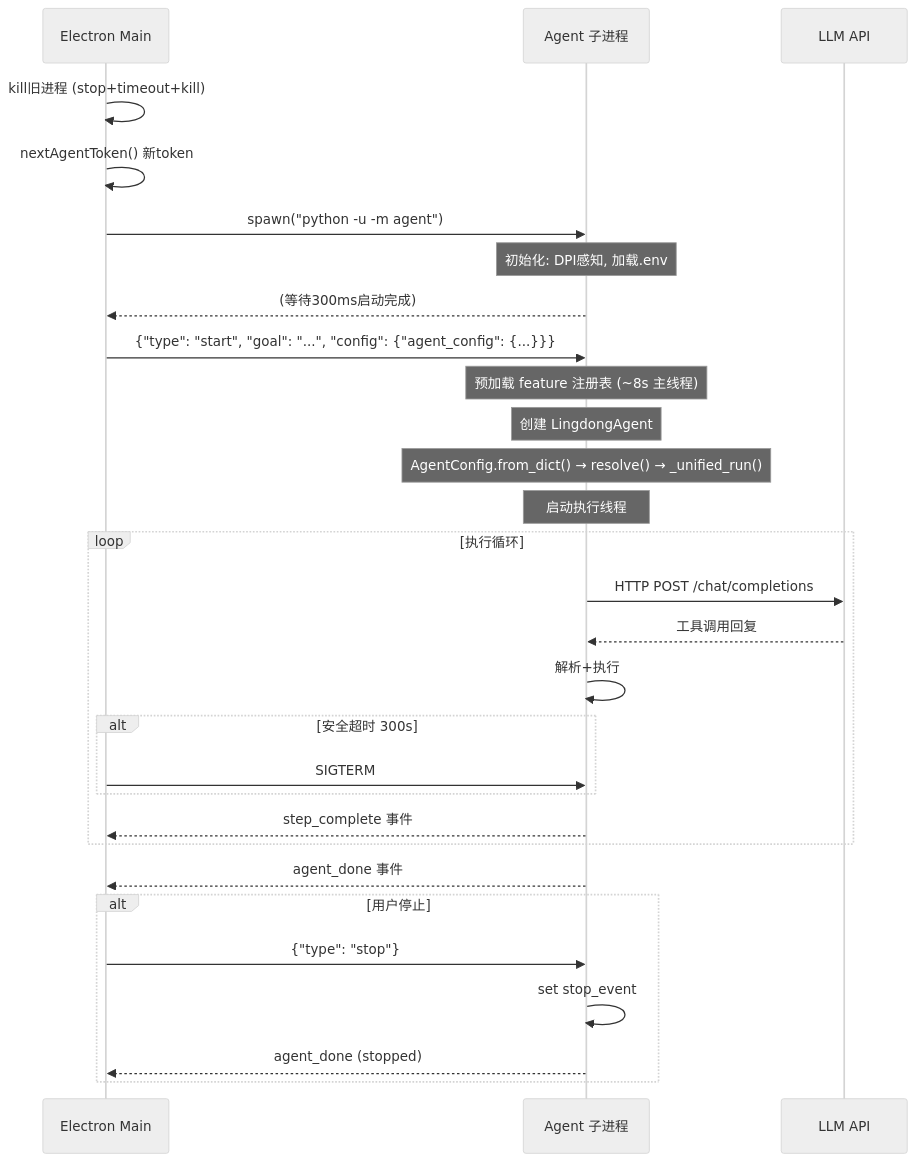
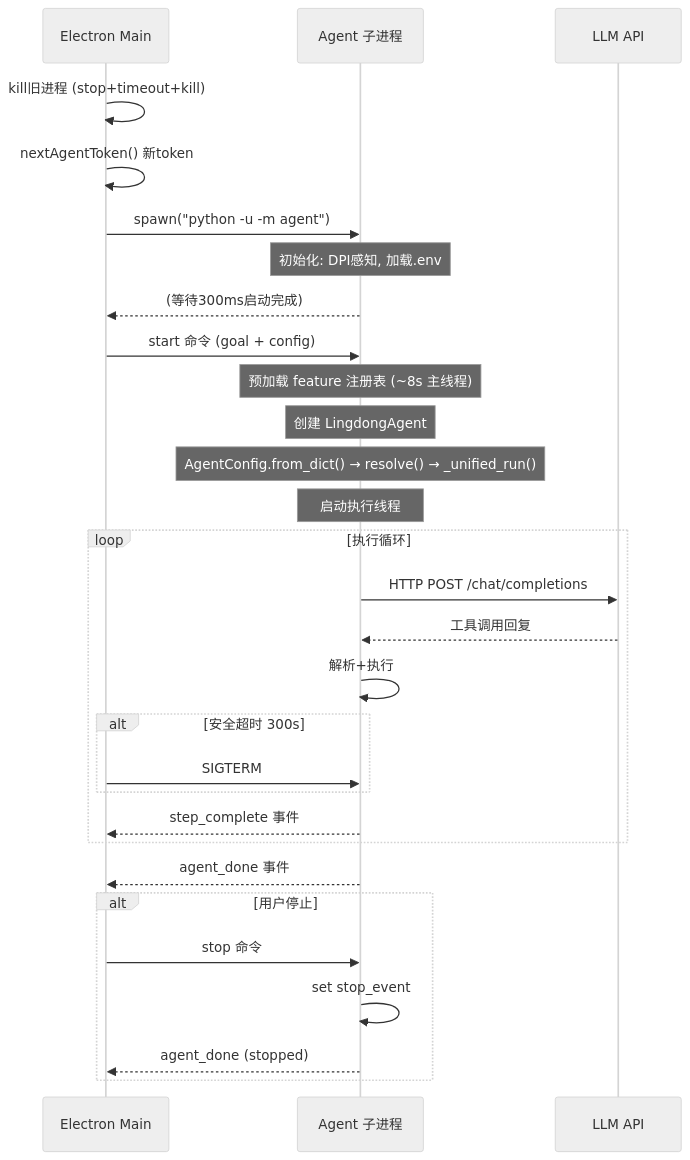
One commit to zoujiapeng/lingdong-script changed the fifth of 5 diagrams in docs/agent-runtime.md. Above: the diagram before and after it, drawn with Mermaid (neutral theme). The commit also changed other lines of this file, not shown here.

Commit message:
fix: mermaid图GitHub渲染 — 去除嵌套子图/方向/JSON花括号

````diff
--- a/docs/agent-runtime.md
+++ b/docs/agent-runtime.md
@@ -294,41 +272,41 @@
 ```mermaid
 sequenceDiagram
     participant Electron as Electron Main
     participant Agent as Agent 子进程
     participant LLM as LLM API
     
     Electron->>Electron: kill旧进程 (stop+timeout+kill)
     Electron->>Electron: nextAgentToken() 新token
     
     Electron->>Agent: spawn("python -u -m agent")
     Note over Agent: 初始化: DPI感知, 加载.env
     
     Agent-->>Electron: (等待300ms启动完成)
     
-    Electron->>Agent: {"type": "start", "goal": "...", "config": {"agent_config": {...}}}
+    Electron->>Agent: start 命令 (goal + config)
     
     Note over Agent: 预加载 feature 注册表 (~8s 主线程)
     Note over Agent: 创建 LingdongAgent
     Note over Agent: AgentConfig.from_dict() → resolve() → _unified_run()
     Note over Agent: 启动执行线程
     
     loop 执行循环
         Agent->>LLM: HTTP POST /chat/completions
         LLM-->>Agent: 工具调用回复
         Agent->>Agent: 解析+执行
         
         alt 安全超时 300s
             Electron->>Agent: SIGTERM
         end
         
         Agent-->>Electron: step_complete 事件
     end
     
     Agent-->>Electron: agent_done 事件
     
     alt 用户停止
-        Electron->>Agent: {"type": "stop"}
+        Electron->>Agent: stop 命令
         Agent->>Agent: set stop_event
         Agent-->>Electron: agent_done (stopped)
     end
 ```
````
